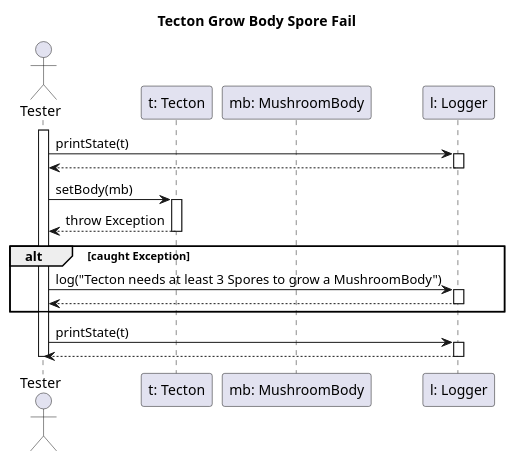
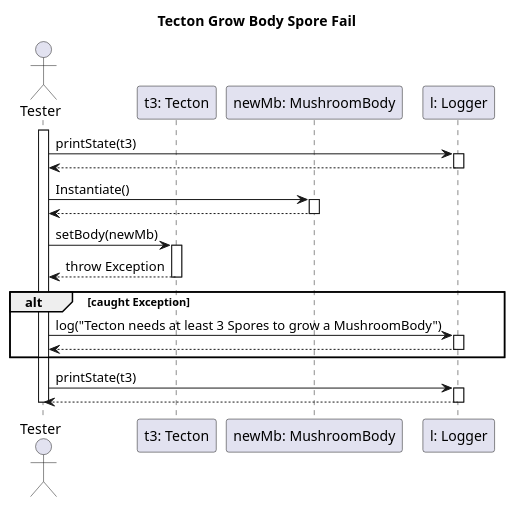
One commit to dzsem/projlab changed the diagram in diagrams/test-sequence/tectonGrowBodySporeFail.puml. Above: the diagram before and after it, drawn with PlantUML. The commit also changed 12 other files, not shown here.

```diff
--- a/diagrams/test-sequence/tectonGrowBodySporeFail.puml
+++ b/diagrams/test-sequence/tectonGrowBodySporeFail.puml
@@ -1,37 +1,42 @@
 @startuml tectonGrowBodyTest
 
 title Tecton Grow Body Spore Fail
 
 actor "Tester" as ts
-participant "t: Tecton" as t
-participant "mb: MushroomBody" as mb
+participant "t3: Tecton" as t3
+participant "newMb: MushroomBody" as newMb
 participant "l: Logger" as l
 
 activate ts
 
-ts -> l: printState(t)
+ts -> l: printState(t3)
 activate l
 ts <-- l
 deactivate l
 
-ts -> t: setBody(mb)
-activate t
+ts -> newMb: Instantiate()
+activate newMb
+ts <-- newMb
+deactivate newMb
 
-ts <-- t: throw Exception
-deactivate t
+ts -> t3: setBody(newMb)
+activate t3
+
+ts <-- t3: throw Exception
+deactivate t3
 
 alt caught Exception
     ts -> l: log("Tecton needs at least 3 Spores to grow a MushroomBody")
     activate l
     ts <-- l
     deactivate l    
 end
 
-ts -> l: printState(t)
+ts -> l: printState(t3)
 activate l
 ts <-- l
 deactivate l
 
 deactivate ts
 
 @enduml
```
